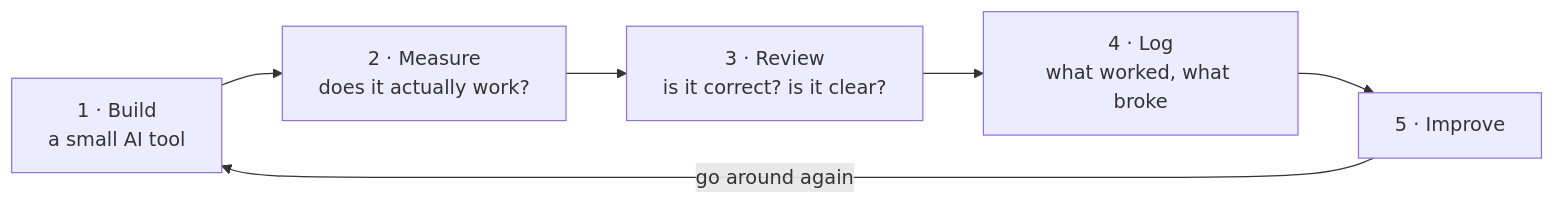
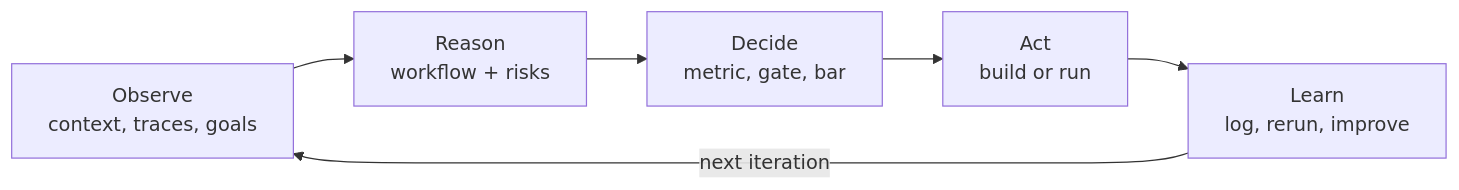
One commit to richardan01/AIPM-OS changed the diagram in README.md. Above: the diagram before and after it, drawn with Mermaid. The commit also changed other lines of this file, not shown here.

````diff
--- a/README.md
+++ b/README.md
@@ -30,8 +41,8 @@
 ```mermaid
 flowchart LR
-    A["1 · Build<br/>a small AI tool"] --> B["2 · Measure<br/>does it actually work?"]
-    B --> C["3 · Review<br/>is it correct? is it clear?"]
-    C --> D["4 · Log<br/>what worked, what broke"]
-    D --> E["5 · Improve"]
-    E -->|"go around again"| A
+    A["Observe<br/>context, traces, goals"] --> B["Reason<br/>workflow + risks"]
+    B --> C["Decide<br/>metric, gate, bar"]
+    C --> D["Act<br/>build or run"]
+    D --> E["Learn<br/>log, rerun, improve"]
+    E -->|"next iteration"| A
 ```
````
